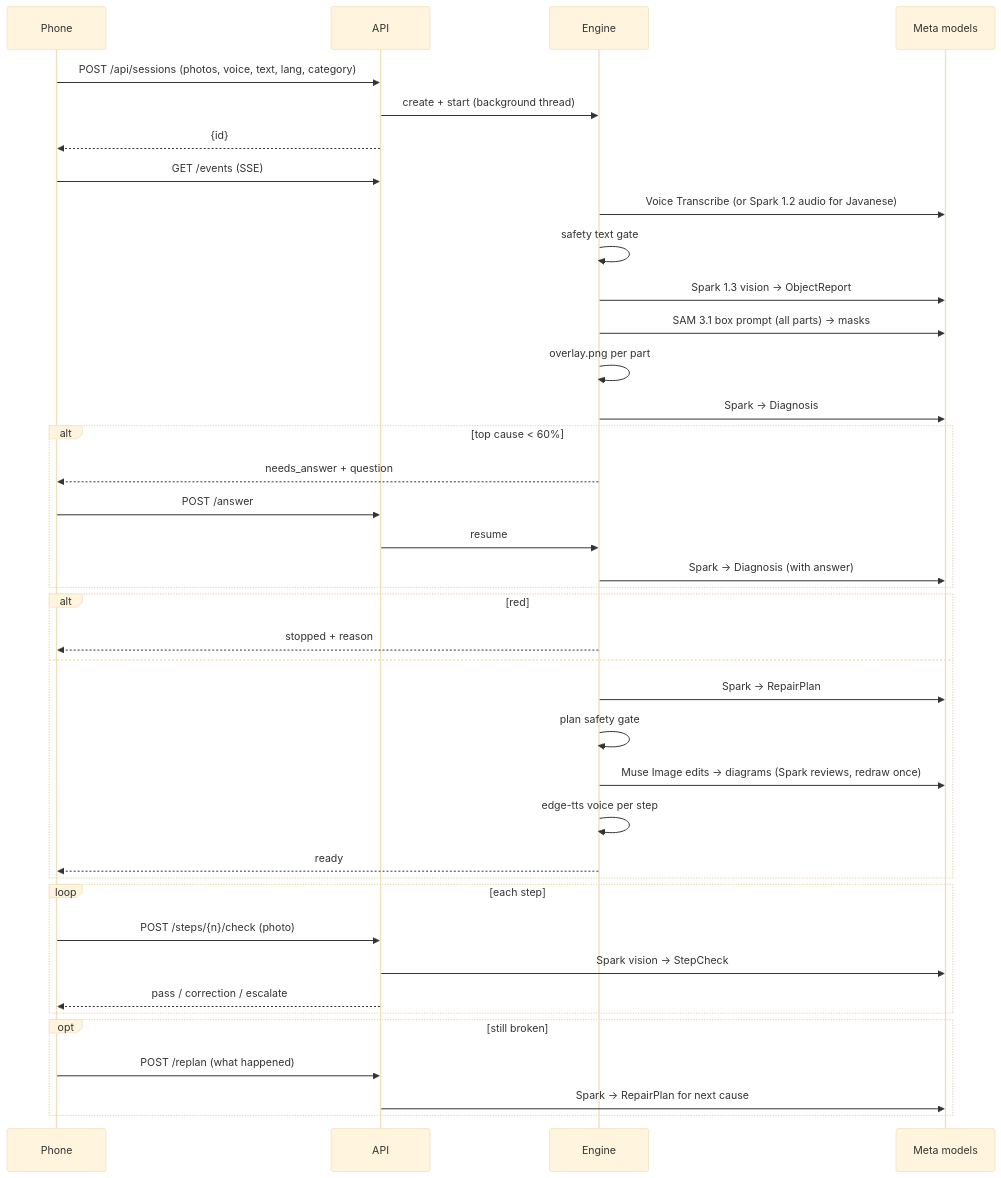
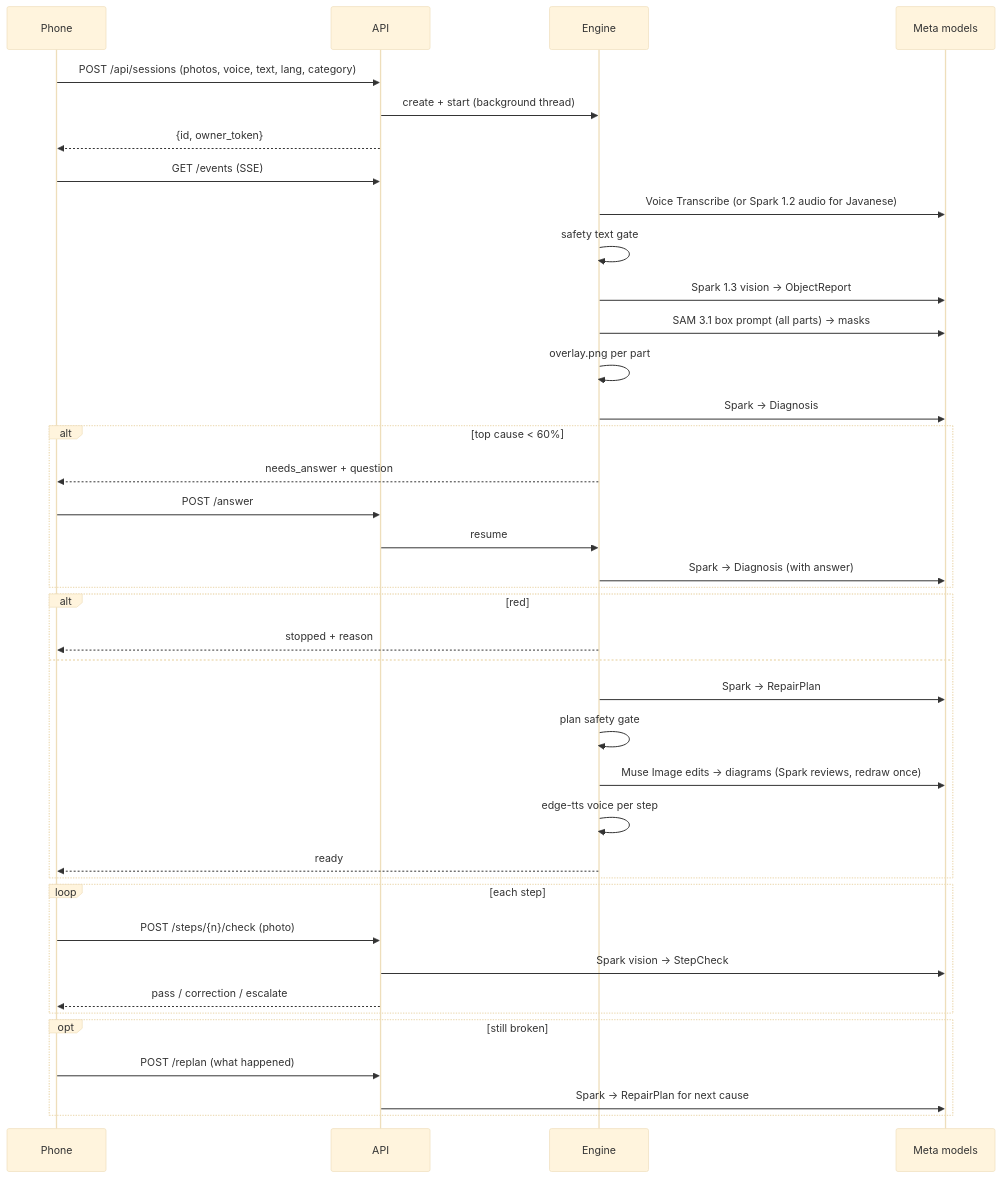
Before and after one commit to ragilmalik/tukang-copilot: the second of 3 diagrams in docs/ARCHITECTURE.md, drawn with Mermaid (base theme). The commit also changed other lines of this file and 21 other files, not shown here.

````diff
--- a/docs/ARCHITECTURE.md
+++ b/docs/ARCHITECTURE.md
@@ -41,41 +50,41 @@
 ```mermaid
 sequenceDiagram
   participant P as Phone
   participant A as API
   participant E as Engine
   participant M as Meta models
   P->>A: POST /api/sessions (photos, voice, text, lang, category)
   A->>E: create + start (background thread)
-  A-->>P: {id}
+  A-->>P: {id, owner_token}
   P->>A: GET /events (SSE)
   E->>M: Voice Transcribe (or Spark 1.2 audio for Javanese)
   E->>E: safety text gate
   E->>M: Spark 1.3 vision → ObjectReport
   E->>M: SAM 3.1 box prompt (all parts) → masks
   E->>E: overlay.png per part
   E->>M: Spark → Diagnosis
   alt top cause < 60%
     E-->>P: needs_answer + question
     P->>A: POST /answer
     A->>E: resume
     E->>M: Spark → Diagnosis (with answer)
   end
   alt red
     E-->>P: stopped + reason
   else
     E->>M: Spark → RepairPlan
     E->>E: plan safety gate
     E->>M: Muse Image edits → diagrams (Spark reviews, redraw once)
     E->>E: edge-tts voice per step
     E-->>P: ready
   end
   loop each step
     P->>A: POST /steps/{n}/check (photo)
     A->>M: Spark vision → StepCheck
     A-->>P: pass / correction / escalate
   end
   opt still broken
     P->>A: POST /replan (what happened)
     A->>M: Spark → RepairPlan for next cause
   end
 ```
````
